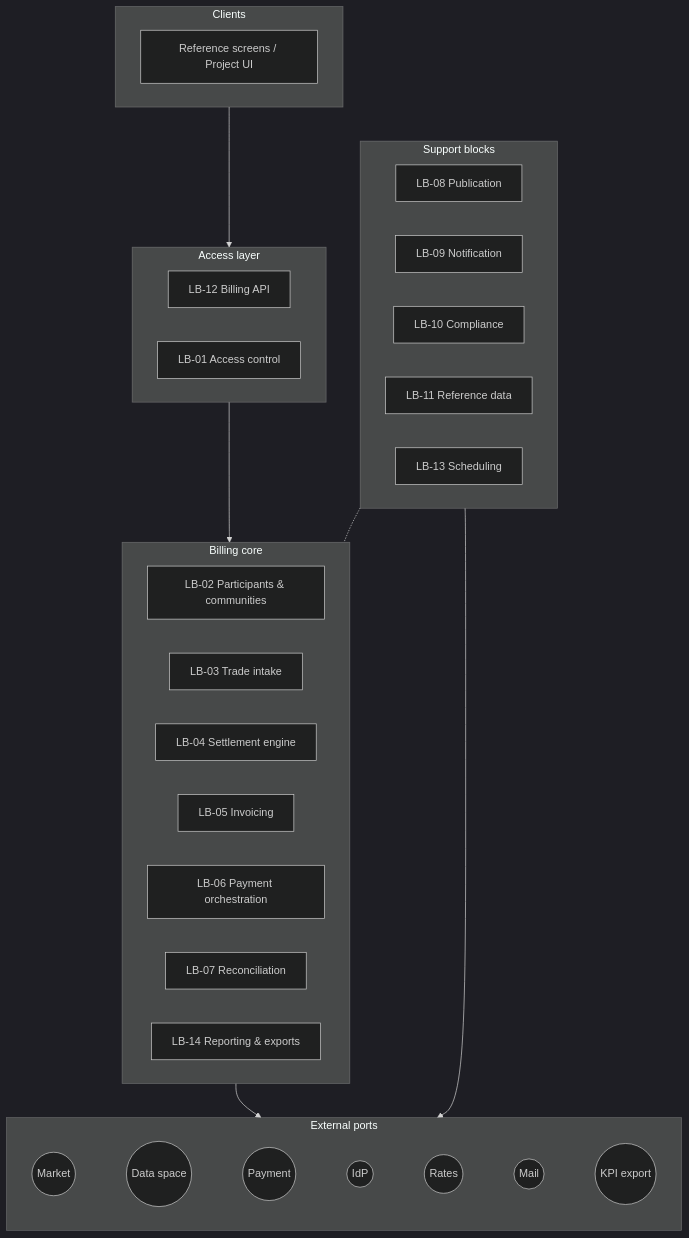
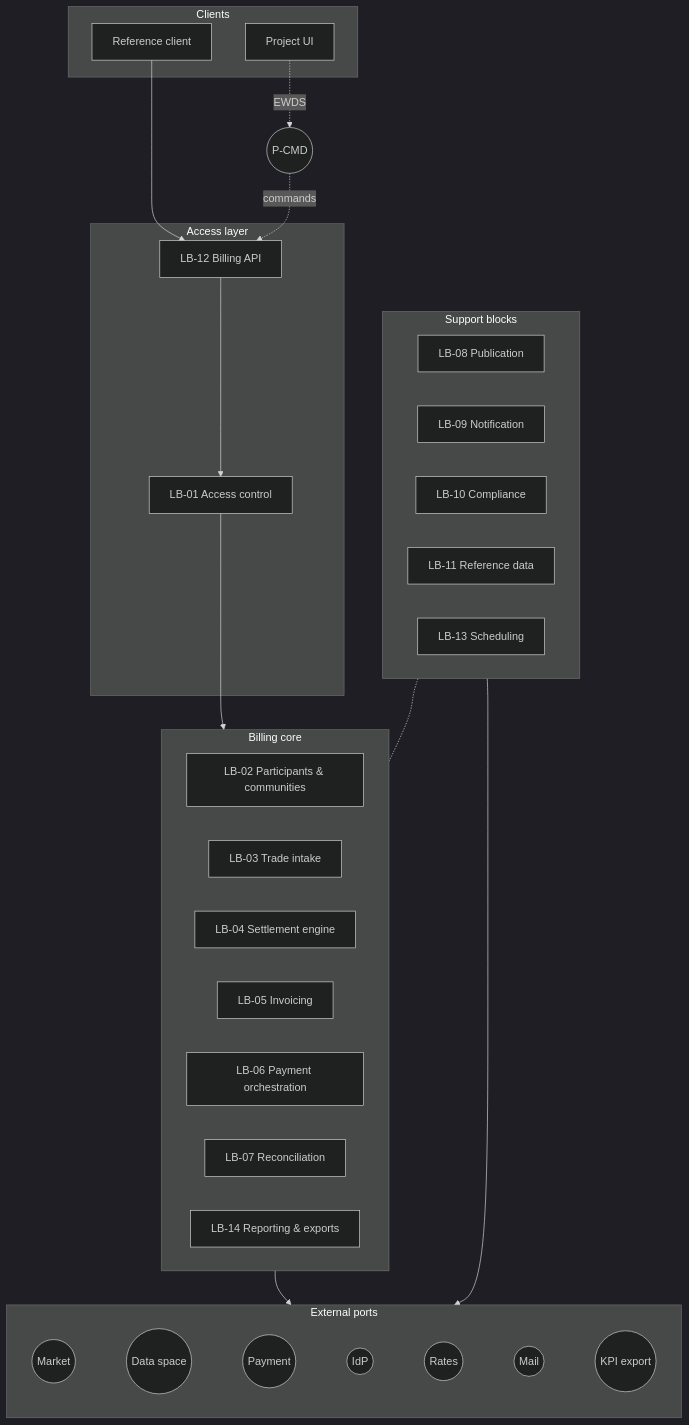
Before and after one commit to blooo-io/intelligent-eu-bps-source: the first of 10 diagrams in docs/architecture/02-logical-architecture.md, drawn with Mermaid (dark theme). The commit also changed other lines of this file and 96 other files, not shown here.

````diff
--- a/docs/architecture/02-logical-architecture.md
+++ b/docs/architecture/02-logical-architecture.md
@@ -35,34 +35,39 @@
 ```mermaid
 %% elk %%
 flowchart TB
   subgraph Clients
-    UI[Reference screens / Project UI]
+    UI[Reference client]
+    PUI[Project UI]
   end
   subgraph Access[Access layer]
     API[LB-12 Billing API]
     IAM[LB-01 Access control]
   end
   subgraph Core[Billing core]
     PCM[LB-02 Participants & communities]
     TIN[LB-03 Trade intake]
     SET[LB-04 Settlement engine]
     INV[LB-05 Invoicing]
     PAY[LB-06 Payment orchestration]
     REC[LB-07 Reconciliation]
     RPT[LB-14 Reporting & exports]
   end
   subgraph Support[Support blocks]
     PUB[LB-08 Publication]
     NOT[LB-09 Notification]
     CMP[LB-10 Compliance]
     REF[LB-11 Reference data]
     JOB[LB-13 Scheduling]
   end
   subgraph Ports[External ports]
     P1((Market)) ~~~ P2((Data space)) ~~~ P3((Payment)) ~~~ P4((IdP)) ~~~ P5((Rates)) ~~~ P6((Mail)) ~~~ P7((KPI export))
   end
-  Clients --> Access --> Core
+  UI --> API
+  PUI -. EWDS .-> P_CMD((P-CMD))
+  P_CMD -. commands .-> API
+  API --> IAM
+  IAM --> Core
   Core --> Ports
   Support --> Ports
   Support -.- Core
 ```
````
